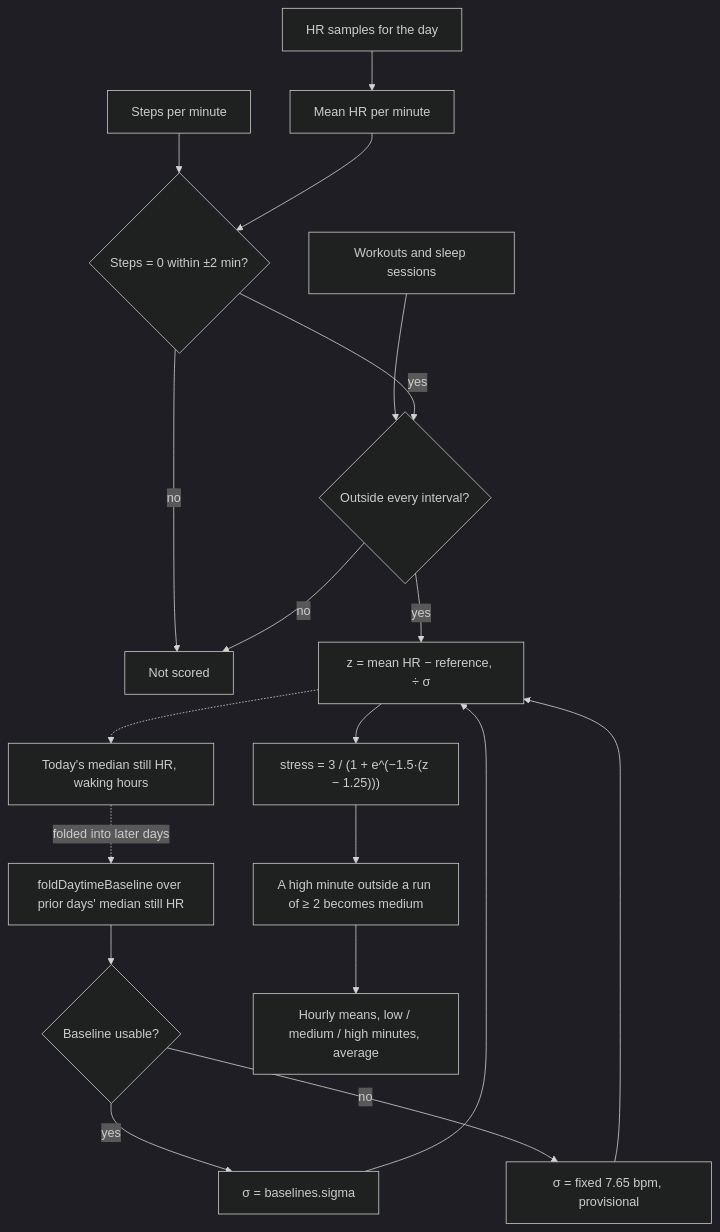
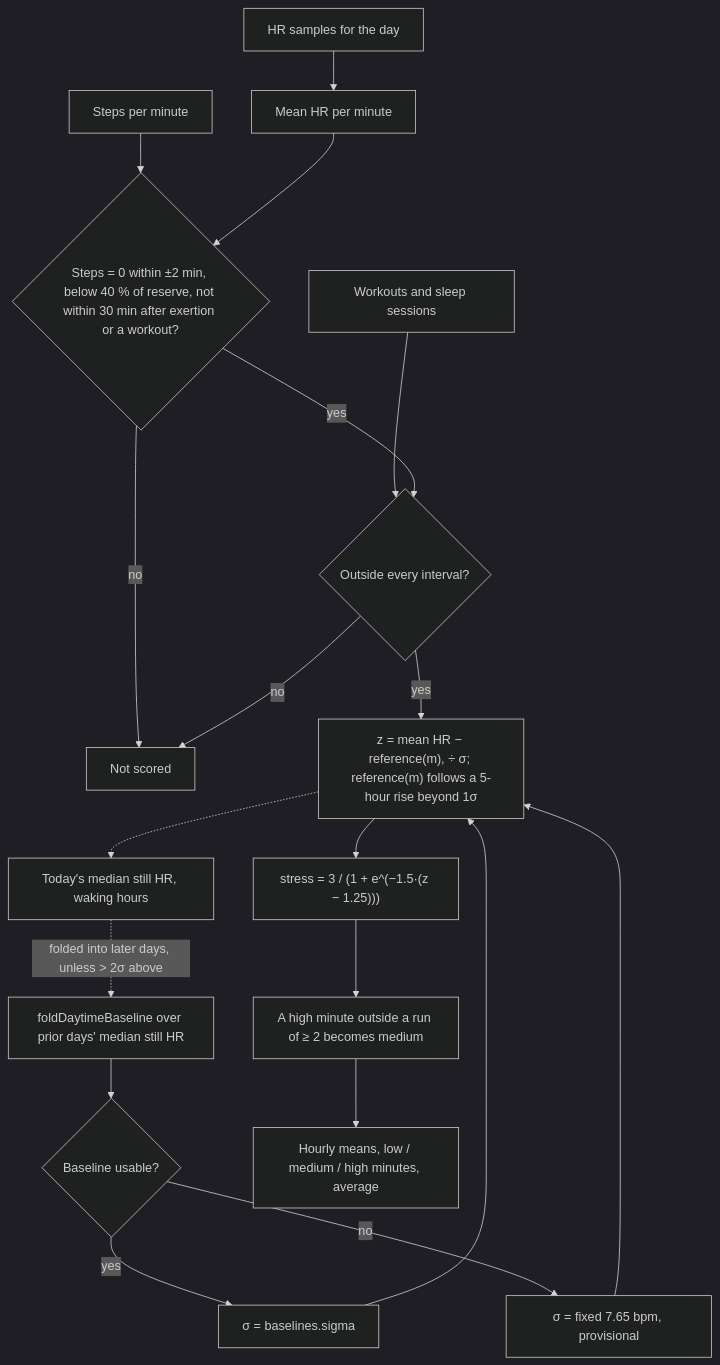
One commit to RohitDhatrak/pulse changed the diagram in docs/algorithms/stress.md. Above: the diagram before and after it, drawn with Mermaid (dark theme). The commit also changed other lines of this file and 12 other files, not shown here.

````diff
--- a/docs/algorithms/stress.md
+++ b/docs/algorithms/stress.md
@@ -16,21 +30,21 @@
 ```mermaid
 flowchart TB
   HR[HR samples for the day] --> MM[Mean HR per minute]
-  ST[Steps per minute] --> STILL{Steps = 0 within ±2 min?}
+  ST[Steps per minute] --> STILL{Steps = 0 within ±2 min, below 40 % of reserve, not within 30 min after exertion or a workout?}
   EX[Workouts and sleep sessions] --> OUT{Outside every interval?}
   MM --> STILL
   STILL -->|yes| OUT
   STILL -->|no| SKIP[Not scored]
   OUT -->|no| SKIP
-  OUT -->|yes| Z[z = mean HR − reference, ÷ σ]
+  OUT -->|yes| Z["z = mean HR − reference(m), ÷ σ; reference(m) follows a 5-hour rise beyond 1σ"]
   BL[foldDaytimeBaseline over prior days' median still HR] --> U{Baseline usable?}
   U -->|yes| PS[σ = baselines.sigma]
   U -->|no| FS[σ = fixed 7.65 bpm, provisional]
   PS --> Z
   FS --> Z
   Z --> L["stress = 3 / (1 + e^(−1.5·(z − 1.25)))"]
   L --> RUN[A high minute outside a run of ≥ 2 becomes medium]
   RUN --> SUM[Hourly means, low / medium / high minutes, average]
   Z -.-> MED[Today's median still HR, waking hours]
-  MED -.->|folded into later days| BL
+  MED -.->|folded into later days, unless > 2σ above| BL
 ```
````
